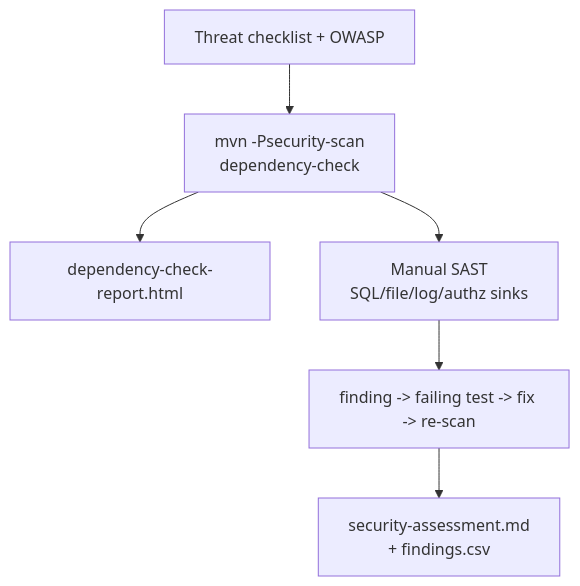
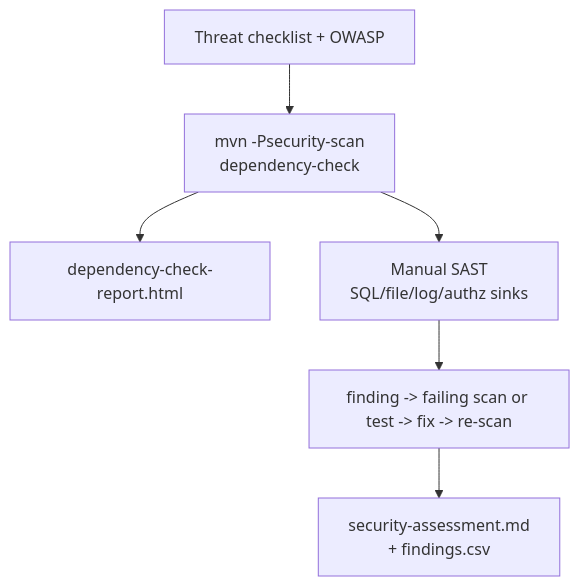
One commit to Innovation-In-Software/bc-sw-engineer-java-participant changed the diagram in labs/Week 5 - DevOps, CI-CD and OpenShift/module-40/lab40/LAB-40-GUIDE.md. Above: the diagram before and after it, drawn with Mermaid. The commit also changed other lines of this file and 18 other files, not shown here.

````diff
--- a/labs/Week 5 - DevOps, CI-CD and OpenShift/module-40/lab40/LAB-40-GUIDE.md
+++ b/labs/Week 5 - DevOps, CI-CD and OpenShift/module-40/lab40/LAB-40-GUIDE.md
@@ -119,8 +146,8 @@
 ```mermaid
 flowchart TB
   Threat["Threat checklist + OWASP"] --> Scan["mvn -Psecurity-scan<br/>dependency-check"]
   Scan --> Report["dependency-check-report.html"]
   Scan --> SAST["Manual SAST<br/>SQL/file/log/authz sinks"]
-  SAST --> Fix["finding -> failing test -> fix -> re-scan"]
+  SAST --> Fix["finding -> failing scan or test -> fix -> re-scan"]
   Fix --> Docs["security-assessment.md<br/>+ findings.csv"]
 ```
````
